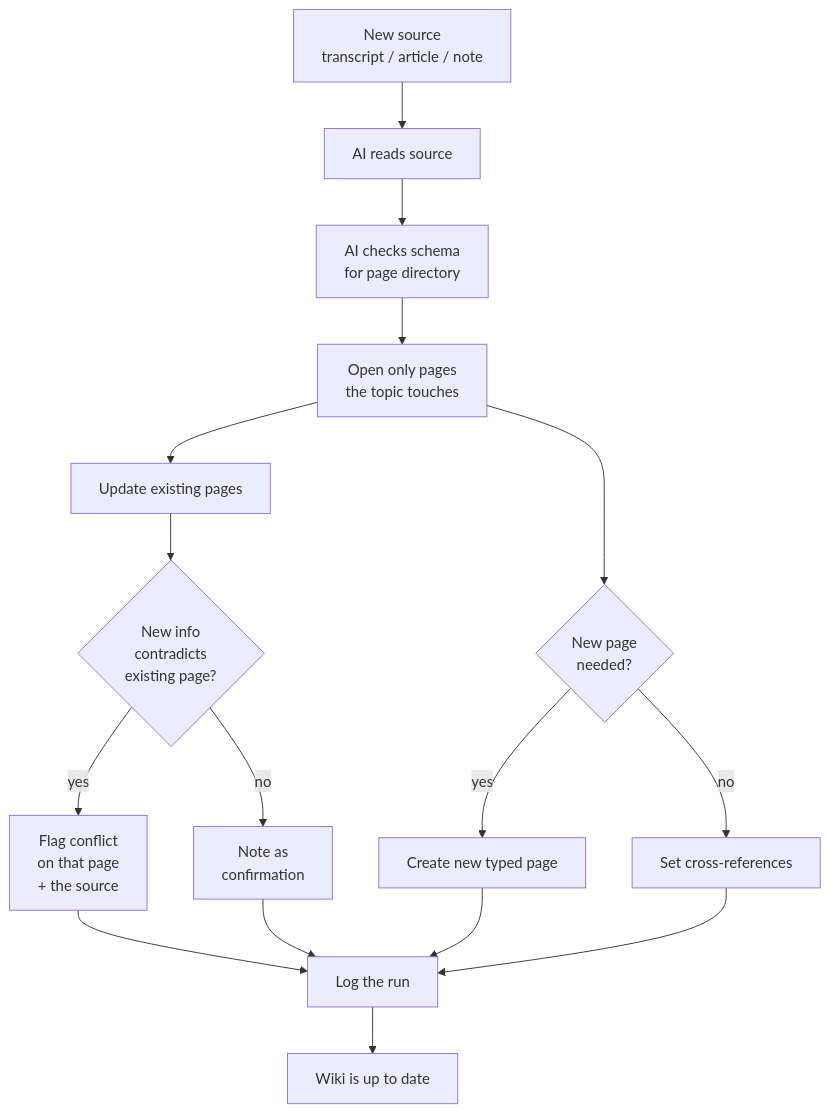
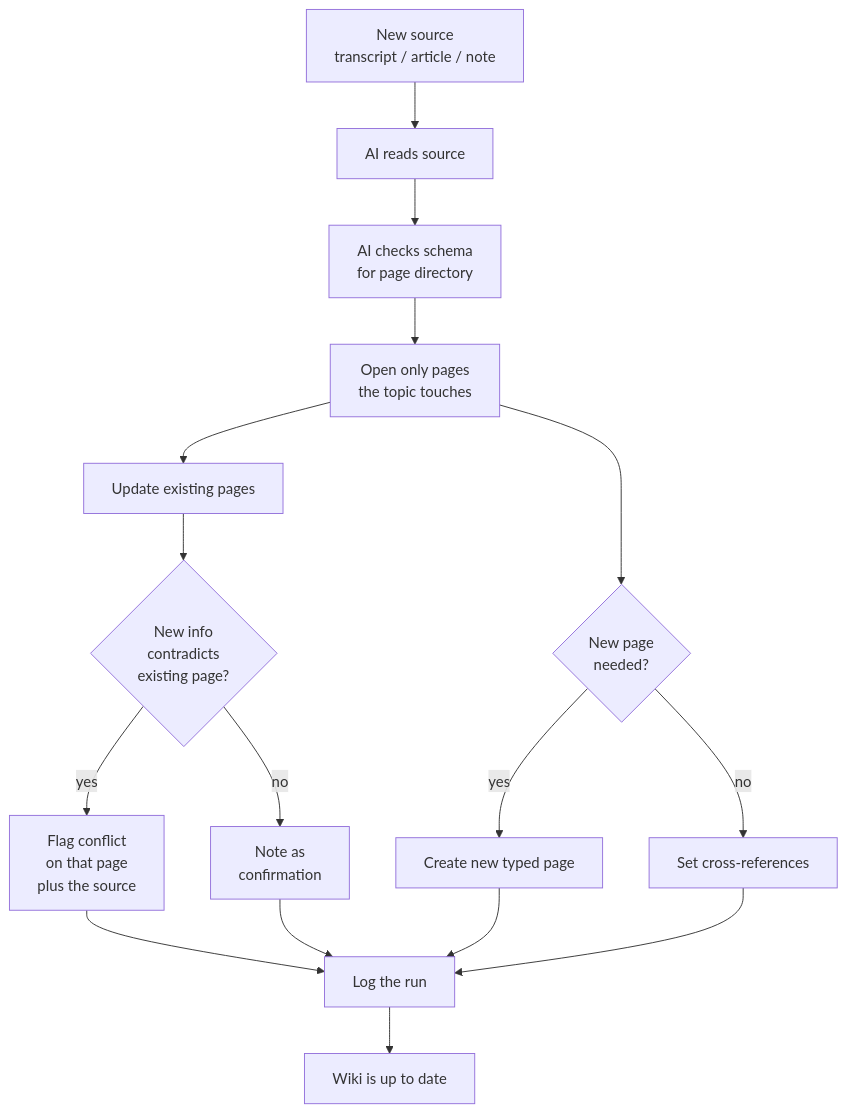
One commit to xdflatline/quartz changed the diagram in content/Concepts/ai-curated-knowledge-wiki.md. Above: the diagram before and after it, drawn with Mermaid. The commit also changed 1 other file, not shown here.

Commit message:
fix: replace '+' in mermaid node labels that triggered marked list token

````diff
--- a/content/Concepts/ai-curated-knowledge-wiki.md
+++ b/content/Concepts/ai-curated-knowledge-wiki.md
@@ -47,18 +47,18 @@
 ```mermaid
 flowchart TD
     S[New source<br/>transcript / article / note] --> R[AI reads source]
     R --> D[AI checks schema<br/>for page directory]
     D --> F[Open only pages<br/>the topic touches]
     F --> U[Update existing pages]
     U --> C{New info<br/>contradicts<br/>existing page?}
-    C -- yes --> Flag[Flag conflict<br/>on that page<br/>+ the source]
+    C -- yes --> Flag[Flag conflict<br/>on that page<br/>plus the source]
     C -- no --> Confirm[Note as<br/>confirmation]
     F --> N{New page<br/>needed?}
     N -- yes --> Create[Create new typed page]
     N -- no --> Refs[Set cross-references]
     Refs --> Log[Log the run]
     Flag --> Log
     Confirm --> Log
     Create --> Log
     Log --> Done[Wiki is up to date]
 ```
````
